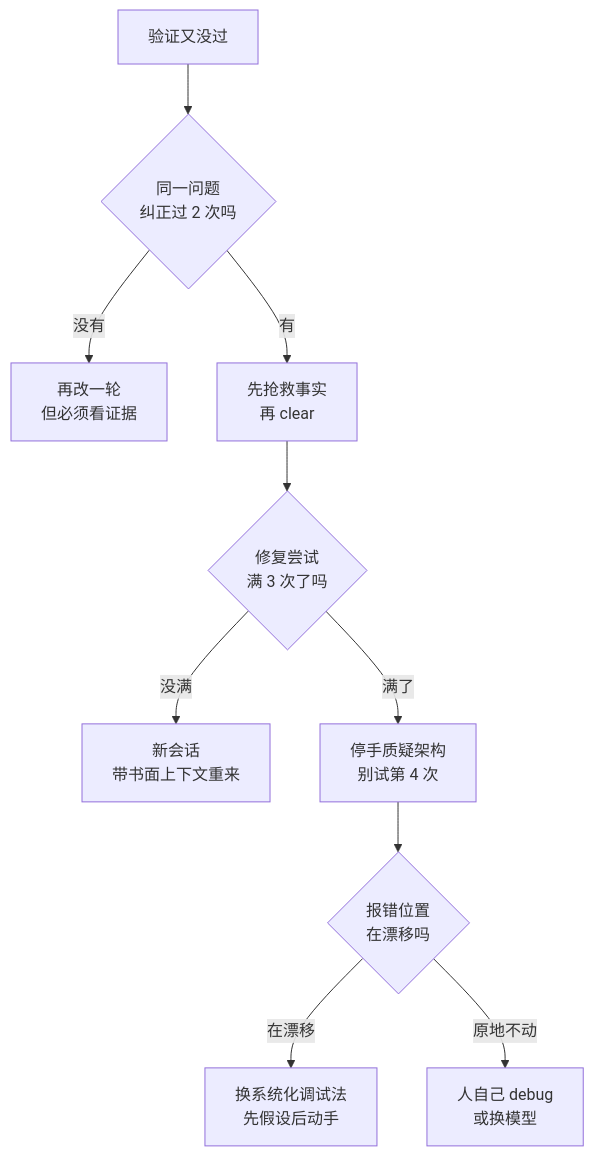
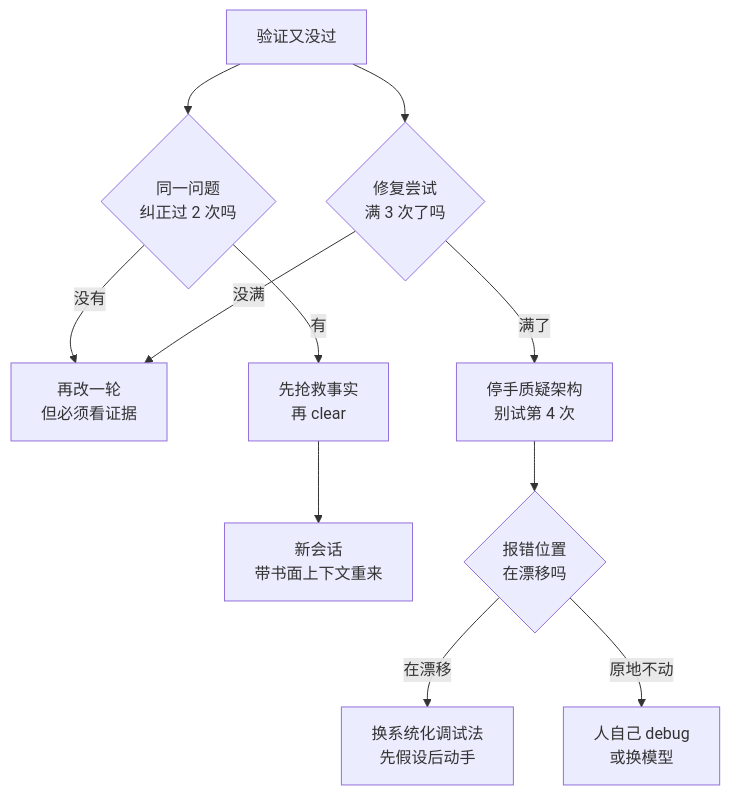
Before and after one commit to BigKunLun/AI-Coding-Playbook: the diagram in 05-质量保证/043-fix-loop什么时候必须停.md, drawn with Mermaid. The commit also changed other lines of this file and 40 other files, not shown here.

````diff
--- a/05-质量保证/043-fix-loop什么时候必须停.md
+++ b/05-质量保证/043-fix-loop什么时候必须停.md
@@ -15,12 +15,13 @@
 ```mermaid
 flowchart TD
     A[验证又没过] --> B{同一问题<br/>纠正过 2 次吗}
+    A --> E{修复尝试<br/>满 3 次了吗}
     B -->|没有| C[再改一轮<br/>但必须看证据]
     B -->|有| D[先抢救事实<br/>再 clear]
-    D --> E{修复尝试<br/>满 3 次了吗}
-    E -->|没满| F[新会话<br/>带书面上下文重来]
+    D --> F[新会话<br/>带书面上下文重来]
+    E -->|没满| C
     E -->|满了| G[停手质疑架构<br/>别试第 4 次]
     G --> H{报错位置<br/>在漂移吗}
     H -->|在漂移| I[换系统化调试法<br/>先假设后动手]
     H -->|原地不动| J[人自己 debug<br/>或换模型]
 ```
````
